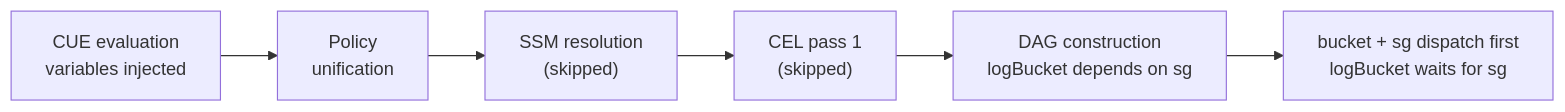
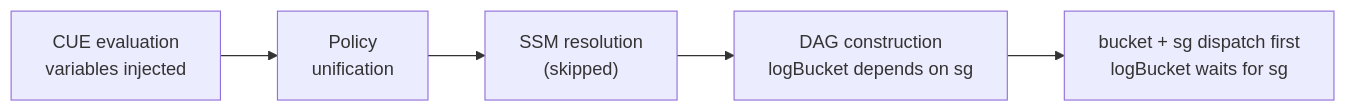
The fourth of 4 diagrams in docs/TEMPLATES.md (shirvan/praxis), drawn with Mermaid before and after one commit. The commit also changed other lines of this file and 33 other files, not shown here.

````diff
--- a/docs/TEMPLATES.md
+++ b/docs/TEMPLATES.md
@@ -678,8 +660,7 @@
 ```mermaid
 flowchart LR
     A["CUE evaluation<br/>variables injected"] --> B["Policy<br/>unification"]
     B --> C["SSM resolution<br/>(skipped)"]
-    C --> D["CEL pass 1<br/>(skipped)"]
-    D --> E["DAG construction<br/>logBucket depends on sg"]
-    E --> F["bucket + sg dispatch first<br/>logBucket waits for sg"]
+    C --> D["DAG construction<br/>logBucket depends on sg"]
+    D --> E["bucket + sg dispatch first<br/>logBucket waits for sg"]
 ```
````
